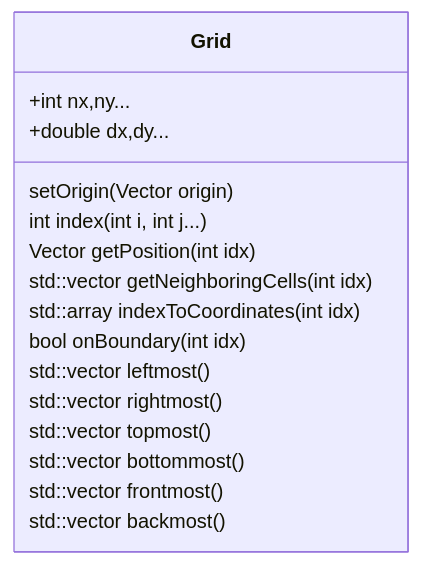
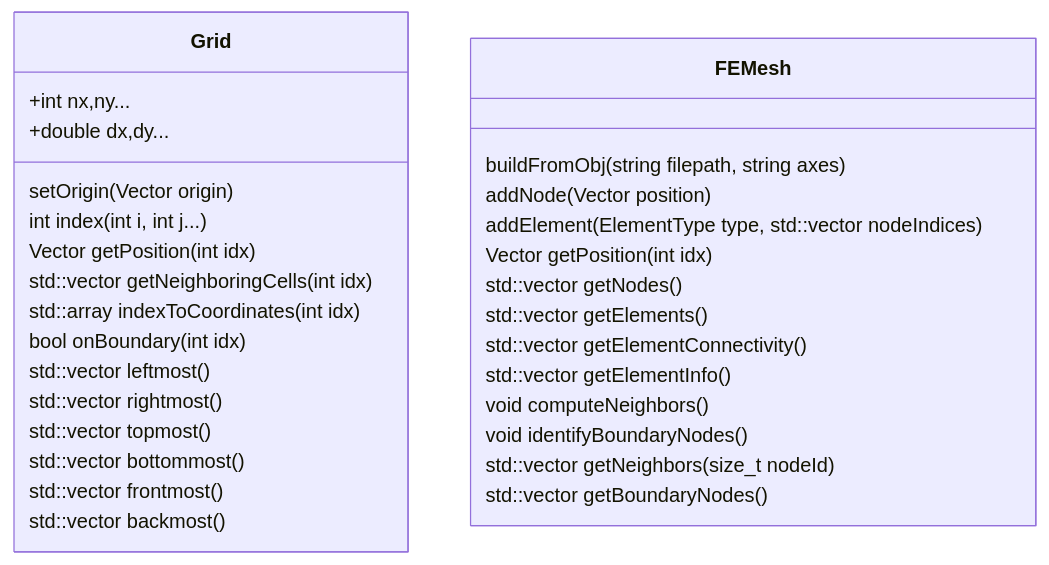
One commit to antimatterhorn/nidhoggr changed the diagram in src/Mesh/Classes.md. Above: the diagram before and after it, drawn with Mermaid. The commit also changed 2 other files, not shown here.

Commit message:
updating class diagram for femesh and adding element type for fields

````diff
--- a/src/Mesh/Classes.md
+++ b/src/Mesh/Classes.md
@@ -1,20 +1,36 @@
 ```mermaid
 classDiagram
     class Grid{
         +int nx,ny...
         +double dx,dy...
         setOrigin(Vector origin)
         int index(int i, int j...)
         Vector getPosition(int idx)
         std::vector getNeighboringCells(int idx)
         std::array indexToCoordinates(int idx)
         bool onBoundary(int idx)
 
         std::vector leftmost()
         std::vector rightmost()
         std::vector topmost()
         std::vector bottommost()
         std::vector frontmost()
         std::vector backmost()
     }
+
+    class FEMesh{
+        buildFromObj(string filepath, string axes)
+        addNode(Vector position)
+        addElement(ElementType type, std::vector<size_t> nodeIndices)
+        
+        Vector getPosition(int idx)
+        std::vector getNodes()
+        std::vector getElements()
+        std::vector getElementConnectivity()
+        std::vector getElementInfo()
+        void computeNeighbors()
+        void identifyBoundaryNodes()
+        std::vector<size_t> getNeighbors(size_t nodeId)
+        std::vector<size_t> getBoundaryNodes()
+    }
 ```
````
